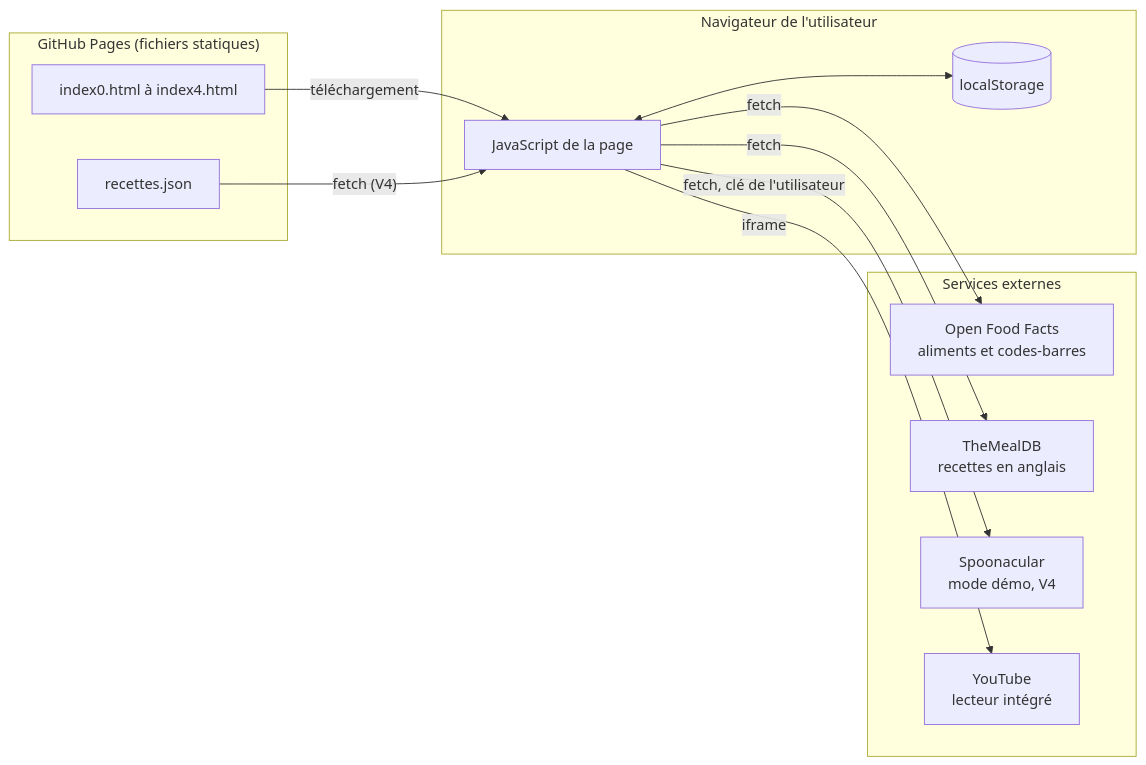
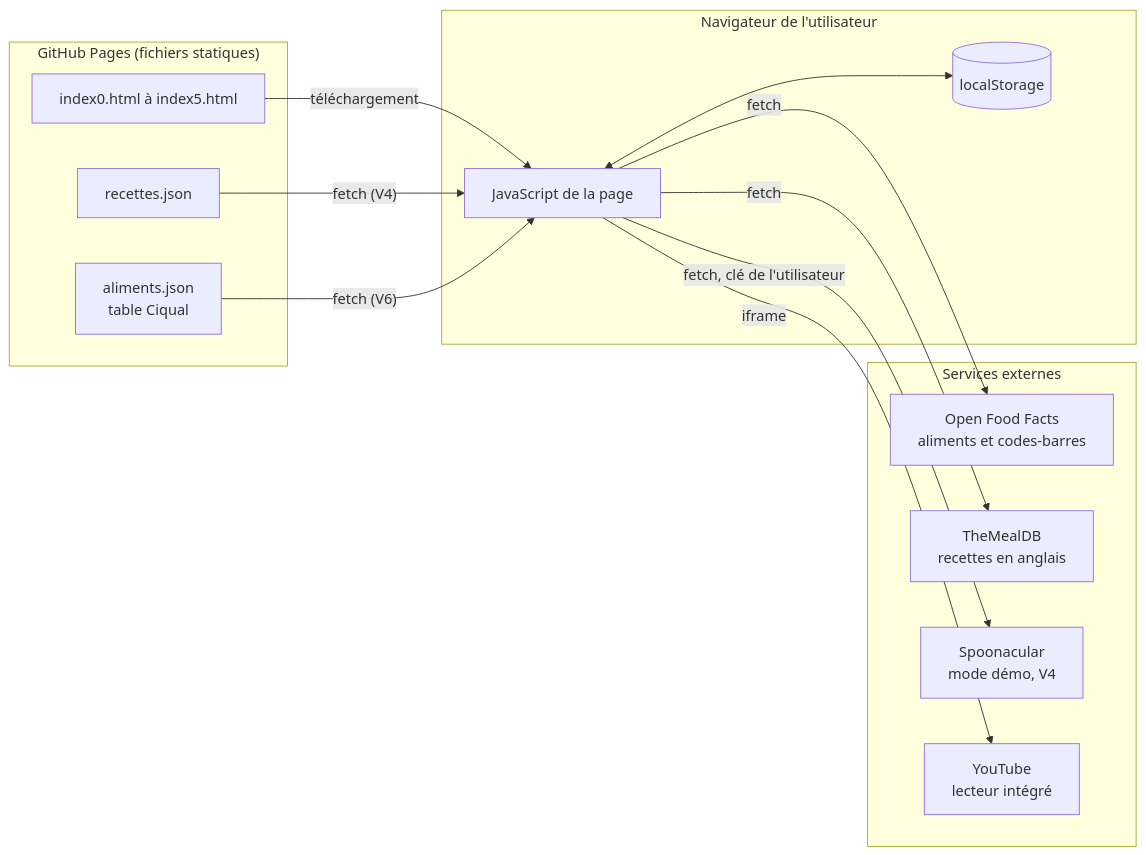
One commit to Sami-Le/generateur-de-recettes changed the first of 5 diagrams in technique.md. Above: the diagram before and after it, drawn with Mermaid. The commit also changed other lines of this file and 8 other files, not shown here.

First line of the commit message:
V6 : recherche d'aliments dans la table Ciqual (ANSES) et Open Food Facts

````diff
--- a/technique.md
+++ b/technique.md
@@ -9,24 +9,26 @@
 ```mermaid
 flowchart LR
     subgraph GH["GitHub Pages (fichiers statiques)"]
-        H["index0.html à index4.html"]
+        H["index0.html à index5.html"]
         R["recettes.json"]
+        A["aliments.json<br/>table Ciqual"]
     end
     subgraph NAV["Navigateur de l'utilisateur"]
         JS["JavaScript de la page"]
         LS[("localStorage")]
     end
     subgraph API["Services externes"]
         OFF["Open Food Facts<br/>aliments et codes-barres"]
         MDB["TheMealDB<br/>recettes en anglais"]
         SP["Spoonacular<br/>mode démo, V4"]
         YT["YouTube<br/>lecteur intégré"]
     end
     H -->|"téléchargement"| JS
     R -->|"fetch (V4)"| JS
+    A -->|"fetch (V6)"| JS
     JS <--> LS
     JS -->|"fetch"| OFF
     JS -->|"fetch"| MDB
     JS -->|"fetch, clé de l'utilisateur"| SP
     JS -->|"iframe"| YT
 ```
````
